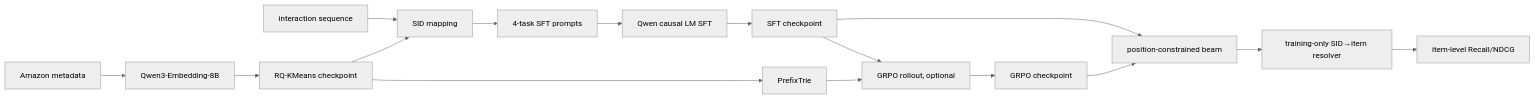
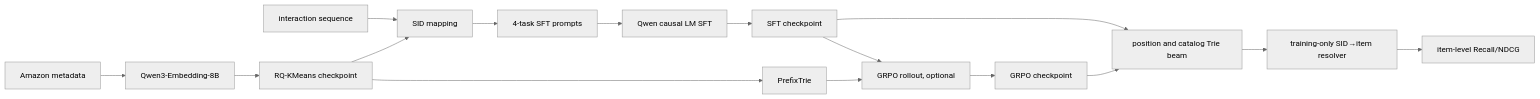
The diagram in docs/zh/models/onerec.md (phonism/genrec), drawn with Mermaid (neutral theme) before and after one commit. The commit also changed other lines of this file and 11 other files, not shown here.

````diff
--- a/docs/zh/models/onerec.md
+++ b/docs/zh/models/onerec.md
@@ -84,18 +91,18 @@
 ```mermaid
 flowchart LR
     A[Amazon metadata] --> B[Qwen3-Embedding-8B]
     B --> C[RQ-KMeans checkpoint]
     D[interaction sequence] --> E[SID mapping]
     C --> E
     E --> F[4-task SFT prompts]
     F --> G[Qwen causal LM SFT]
     G --> H[SFT checkpoint]
     H --> I[GRPO rollout, optional]
     C --> J[PrefixTrie]
     J --> I
     I --> K[GRPO checkpoint]
-    H --> L[position-constrained beam]
+    H --> L[position and catalog Trie beam]
     K --> L
     L --> M[training-only SID→item resolver]
     M --> N[item-level Recall/NDCG]
 ```
````
